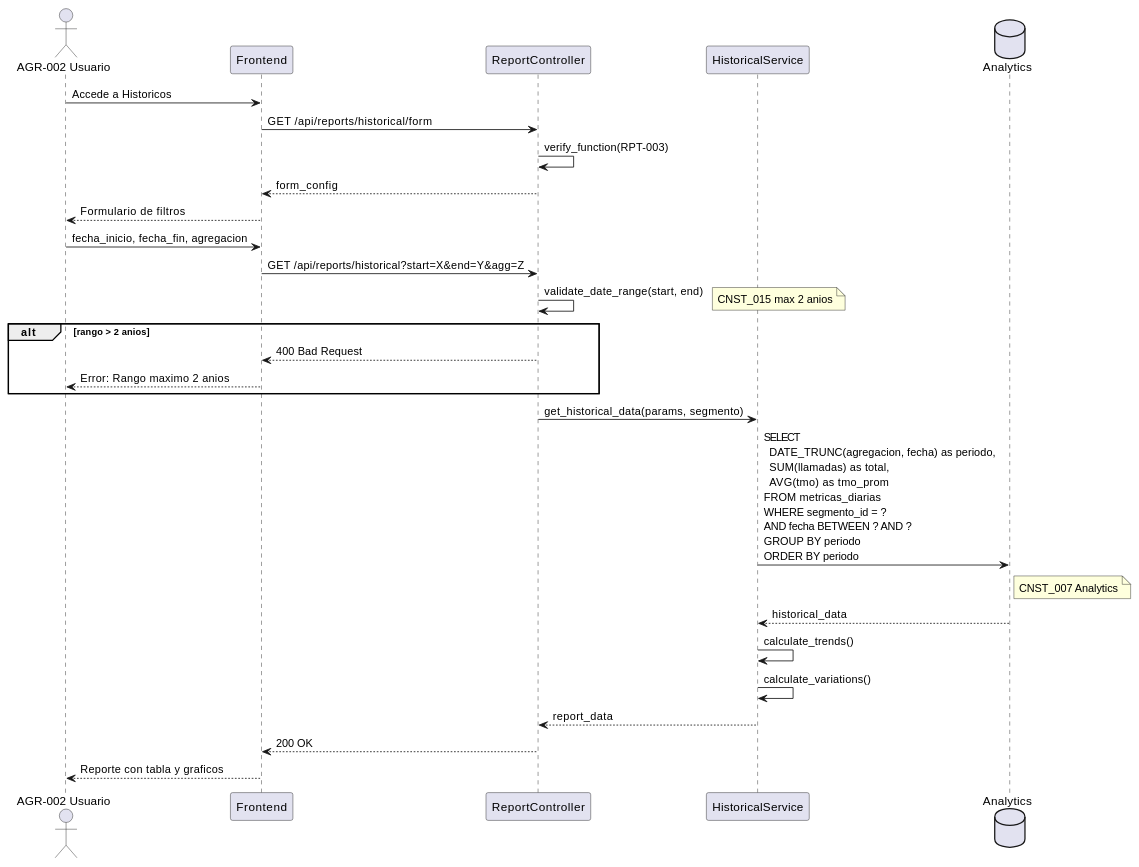
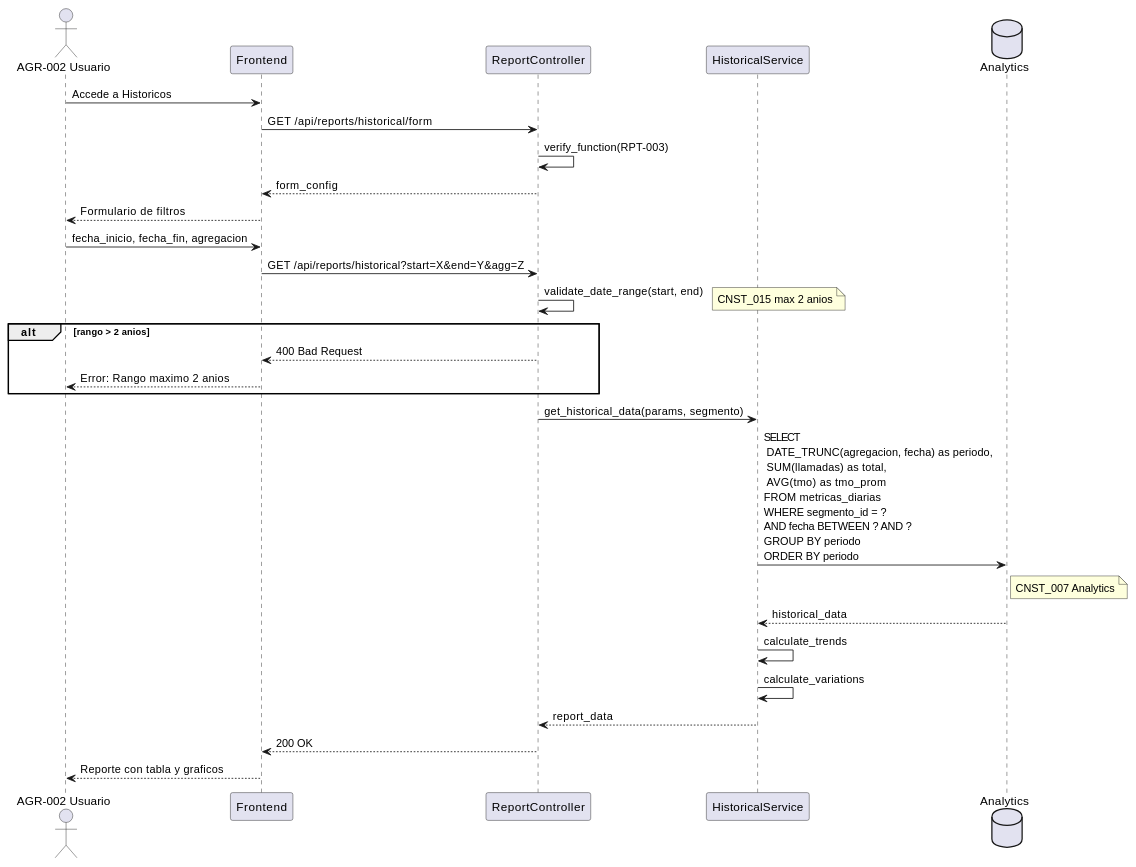
The second of 3 diagrams in source/requisitos/casos_uso/reports/UC_RPT_03_Ver_Reportes_Historicos.rst (jcg-admin/IACT-docs), drawn with PlantUML before and after one commit. The commit also changed other lines of this file and 376 other files, not shown here.

```diff
--- a/source/requisitos/casos_uso/reports/UC_RPT_03_Ver_Reportes_Historicos.rst
+++ b/source/requisitos/casos_uso/reports/UC_RPT_03_Ver_Reportes_Historicos.rst
@@ -161,40 +161,40 @@
 .. uml::
-   :caption: Diagrama de Secuencia - UC_RPT_03
+ :caption: Diagrama de Secuencia - UC_RPT_03
 
-   @startuml
-   actor "AGR-002 Usuario" as U
-   participant "Frontend" as FE
-   participant "ReportController" as RC
-   participant "HistoricalService" as HS
-   database "Analytics" as DB
+ @startuml
+ actor "AGR-002 Usuario" as U
+ participant "Frontend" as FE
+ participant "ReportController" as RC
+ participant "HistoricalService" as HS
+ database "Analytics" as DB
 
-   U -> FE: Accede a Historicos
-   FE -> RC: GET /api/reports/historical/form
-   RC -> RC: verify_function(RPT-003)
-   RC --> FE: form_config
-   FE --> U: Formulario de filtros
+ U -> FE: Accede a Historicos
+ FE -> RC: GET /api/reports/historical/form
+ RC -> RC: verify_function(RPT-003)
+ RC --> FE: form_config
+ FE --> U: Formulario de filtros
 
-   U -> FE: fecha_inicio, fecha_fin, agregacion
-   FE -> RC: GET /api/reports/historical?start=X&end=Y&agg=Z
+ U -> FE: fecha_inicio, fecha_fin, agregacion
+ FE -> RC: GET /api/reports/historical?start=X&end=Y&agg=Z
 
-   RC -> RC: validate_date_range(start, end)
-   note right: CNST_015 max 2 anios
+ RC -> RC: validate_date_range(start, end)
+ note right: CNST_015 max 2 anios
 
-   alt rango > 2 anios
-     RC --> FE: 400 Bad Request
-     FE --> U: Error: Rango maximo 2 anios
-   end
+ alt rango > 2 anios
+ RC --> FE: 400 Bad Request
+ FE --> U: Error: Rango maximo 2 anios
+ end
 
-   RC -> HS: get_historical_data(params, segmento)
+ RC -> HS: get_historical_data(params, segmento)
 
-   HS -> DB: SELECT\n  DATE_TRUNC(agregacion, fecha) as periodo,\n  SUM(llamadas) as total,\n  AVG(tmo) as tmo_prom\nFROM metricas_diarias\nWHERE segmento_id = ?\nAND fecha BETWEEN ? AND ?\nGROUP BY periodo\nORDER BY periodo
-   note right of DB: CNST_007 Analytics
-   DB --> HS: historical_data
+ HS -> DB: SELECT\n DATE_TRUNC(agregacion, fecha) as periodo,\n SUM(llamadas) as total,\n AVG(tmo) as tmo_prom\nFROM metricas_diarias\nWHERE segmento_id = ?\nAND fecha BETWEEN ? AND ?\nGROUP BY periodo\nORDER BY periodo
+ note right of DB: CNST_007 Analytics
+ DB --> HS: historical_data
 
-   HS -> HS: calculate_trends()
-   HS -> HS: calculate_variations()
+ HS -> HS: calculate_trends
+ HS -> HS: calculate_variations
 
-   HS --> RC: report_data
-   RC --> FE: 200 OK
-   FE --> U: Reporte con tabla y graficos
-   @enduml
+ HS --> RC: report_data
+ RC --> FE: 200 OK
+ FE --> U: Reporte con tabla y graficos
+ @enduml
```
